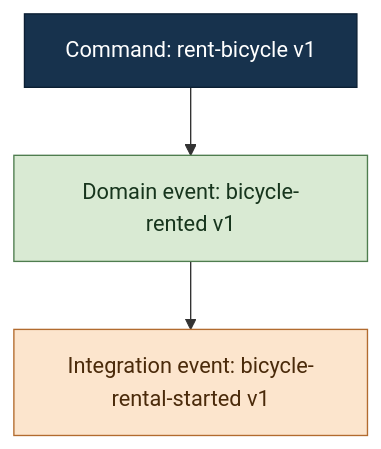
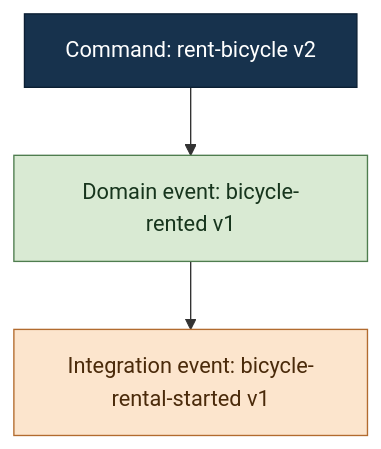
Before and after one commit to elbLabs/rostfrei: the diagram in .opencode/skills/rostfrei-tracer/SKILL.md, drawn with Mermaid. The commit also changed other lines of this file and 48 other files, not shown here.

````diff
--- a/.opencode/skills/rostfrei-tracer/SKILL.md
+++ b/.opencode/skills/rostfrei-tracer/SKILL.md
@@ -221,14 +221,14 @@
 ```mermaid
 flowchart TD
-  n0["Command: rent-bicycle v1"]
+  n0["Command: rent-bicycle v2"]
   n1["Domain event: bicycle-rented v1"]
   n2["Integration event: bicycle-rental-started v1"]
   n0 --> n1
   n1 --> n2
   class n0 command
   class n1 domainEvent
   class n2 integrationEvent
   classDef command fill:#17324d,color:#ffffff,stroke:#0b1f33
   classDef domainEvent fill:#d9ead3,color:#17351d,stroke:#4f7d4f
   classDef integrationEvent fill:#fce5cd,color:#4a2a0a,stroke:#b26b2f
 ```
````
